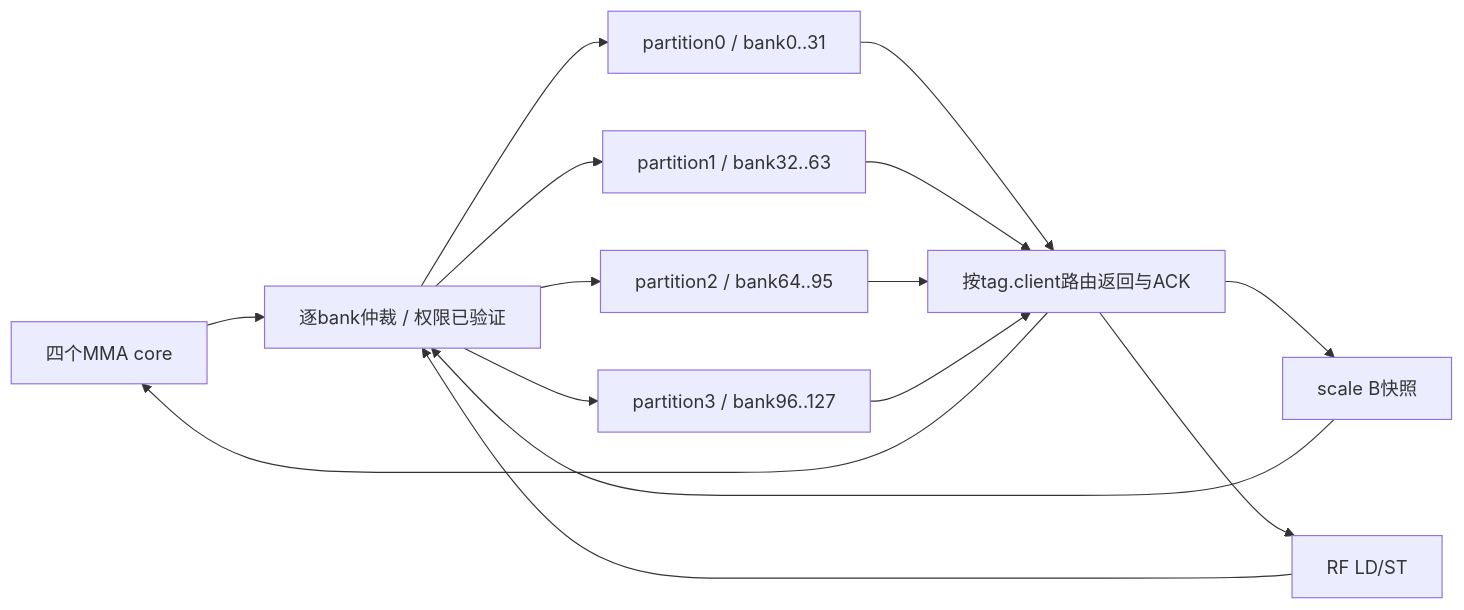
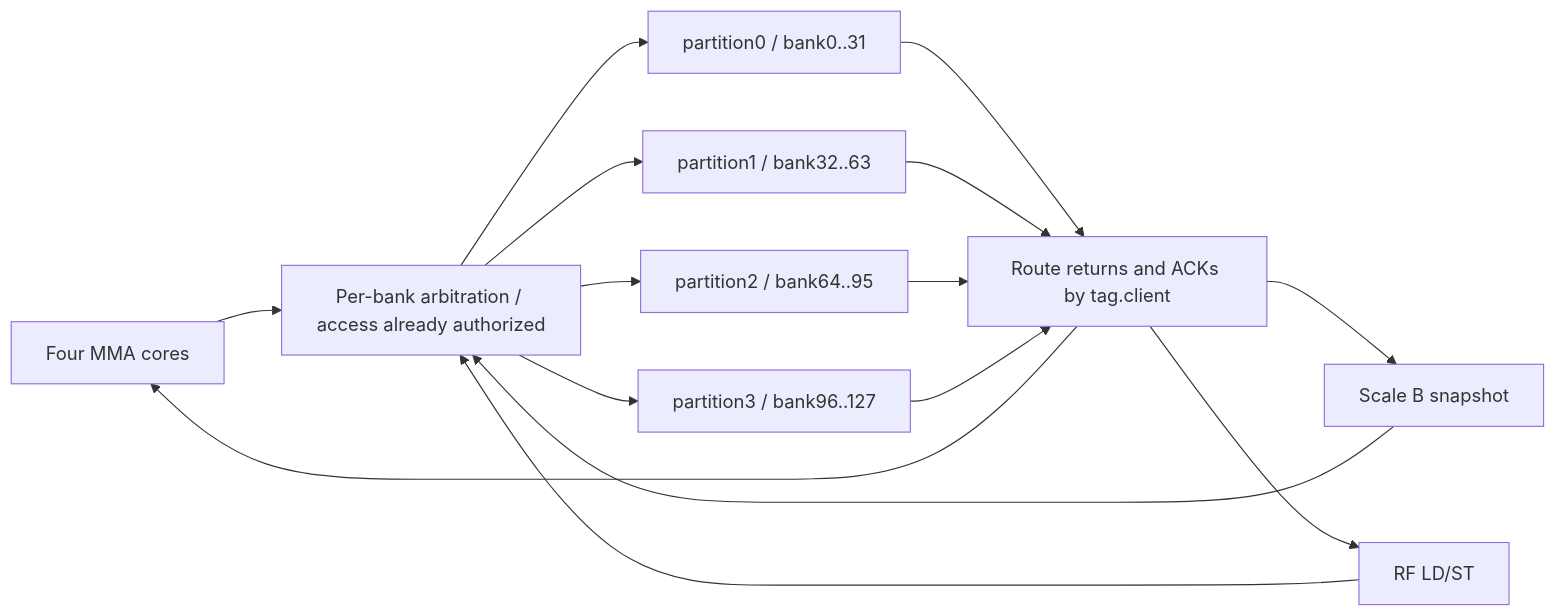
The diagram in doc/rtl_specs/tmem/blackwell_tmem_fabric.md (yuhin777/Allegro), drawn with Mermaid before and after one commit. The commit also changed other lines of this file and 45 other files, not shown here.

````diff
--- a/doc/rtl_specs/tmem/blackwell_tmem_fabric.md
+++ b/doc/rtl_specs/tmem/blackwell_tmem_fabric.md
@@ -19,14 +19,14 @@
 ```mermaid
 flowchart LR
-    TC[四个MMA core] --> ARB[逐bank仲裁 / 权限已验证]
-    SB[scale B快照] --> ARB
+    TC["Four MMA cores"] --> ARB["Per-bank arbitration / access already authorized"]
+    SB["Scale B snapshot"] --> ARB
     RF[RF LD/ST] --> ARB
     ARB --> P0[partition0 / bank0..31]
     ARB --> P1[partition1 / bank32..63]
     ARB --> P2[partition2 / bank64..95]
     ARB --> P3[partition3 / bank96..127]
-    P0 & P1 & P2 & P3 --> ROUTE[按tag.client路由返回与ACK]
+    P0 & P1 & P2 & P3 --> ROUTE["Route returns and ACKs by tag.client"]
     ROUTE --> TC
     ROUTE --> SB
     ROUTE --> RF
 ```
````
